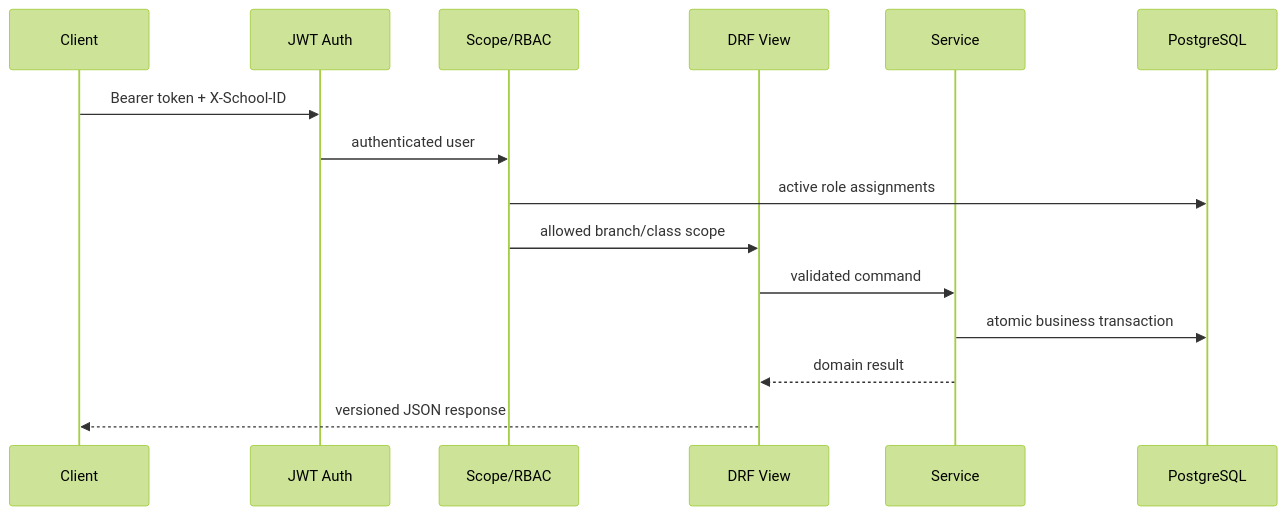
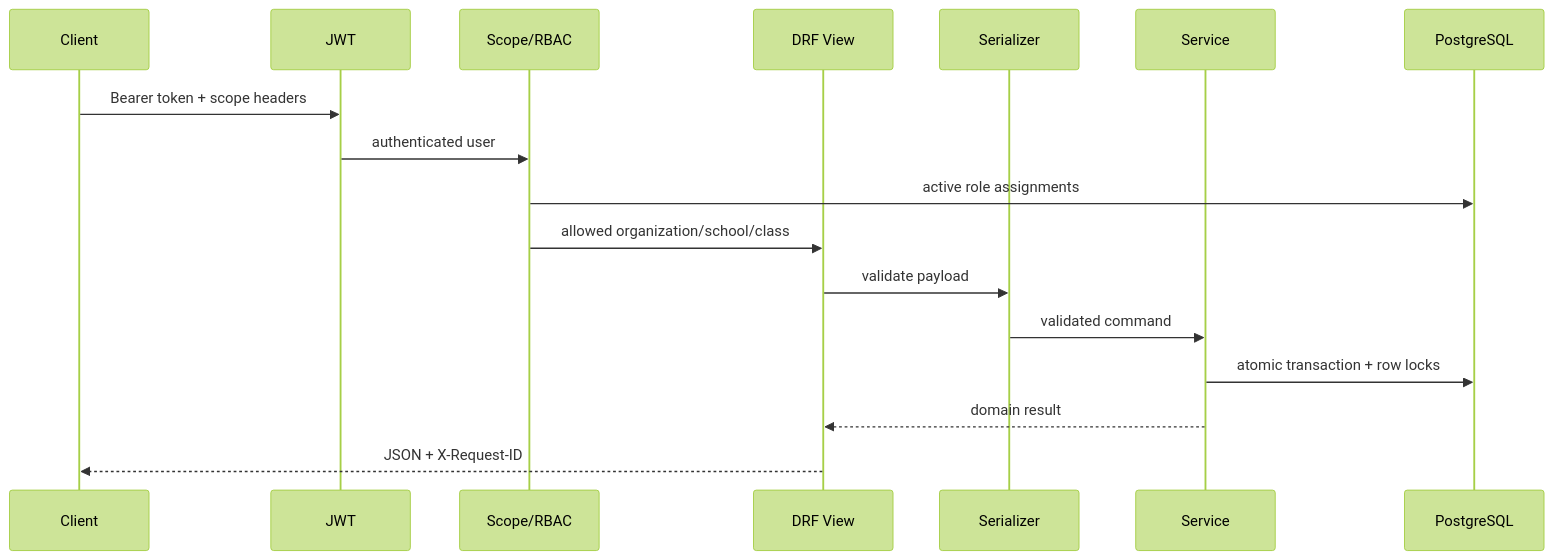
Before and after one commit to leonardo0231/hamamooz-platform: the second of 2 diagrams in Backend/docs/02-ARCHITECTURE_FA.md, drawn with Mermaid (forest theme). The commit also changed other lines of this file and 22 other files, not shown here.

````diff
--- a/Backend/docs/02-ARCHITECTURE_FA.md
+++ b/Backend/docs/02-ARCHITECTURE_FA.md
@@ -32,17 +37,19 @@
 ```mermaid
 sequenceDiagram
     participant C as Client
-    participant A as JWT Auth
+    participant A as JWT
     participant P as Scope/RBAC
     participant V as DRF View
+    participant Z as Serializer
     participant S as Service
     participant D as PostgreSQL
-    C->>A: Bearer token + X-School-ID
+    C->>A: Bearer token + scope headers
     A->>P: authenticated user
     P->>D: active role assignments
-    P->>V: allowed branch/class scope
-    V->>S: validated command
-    S->>D: atomic business transaction
+    P->>V: allowed organization/school/class
+    V->>Z: validate payload
+    Z->>S: validated command
+    S->>D: atomic transaction + row locks
     S-->>V: domain result
-    V-->>C: versioned JSON response
+    V-->>C: JSON + X-Request-ID
 ```
````
